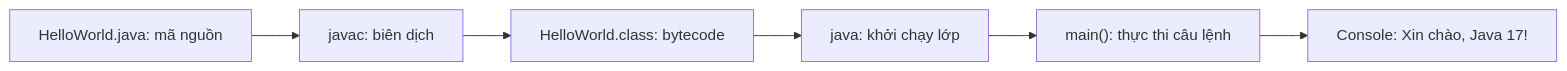
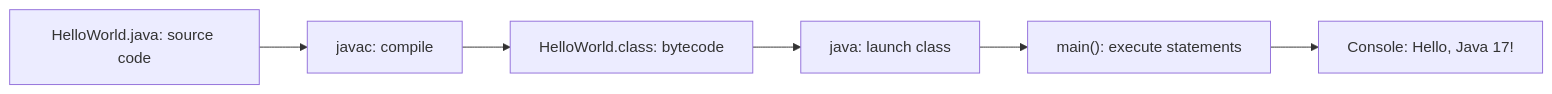
The diagram in module/platform/development/programming/language/java/core/language-basics/content/knowledge/en/3.program-structure/program-structure-001.md (phuongnguyenit93/learning-platform-data), drawn with Mermaid before and after one commit. The commit also changed other lines of this file and 2307 other files, not shown here.

```diff
--- a/module/platform/development/programming/language/java/core/language-basics/content/knowledge/en/3.program-structure/program-structure-001.md
+++ b/module/platform/development/programming/language/java/core/language-basics/content/knowledge/en/3.program-structure/program-structure-001.md
@@ -30,8 +30,8 @@
 ~~~mermaid
 flowchart LR
-    S["HelloWorld.java: mã nguồn"] --> C["javac: biên dịch"]
+    S["HelloWorld.java: source code"] --> C["javac: compile"]
     C --> B["HelloWorld.class: bytecode"]
-    B --> J["java: khởi chạy lớp"]
-    J --> M["main(): thực thi câu lệnh"]
-    M --> O["Console: Xin chào, Java 17!"]
+    B --> J["java: launch class"]
+    J --> M["main(): execute statements"]
+    M --> O["Console: Hello, Java 17!"]
 ~~~
```
